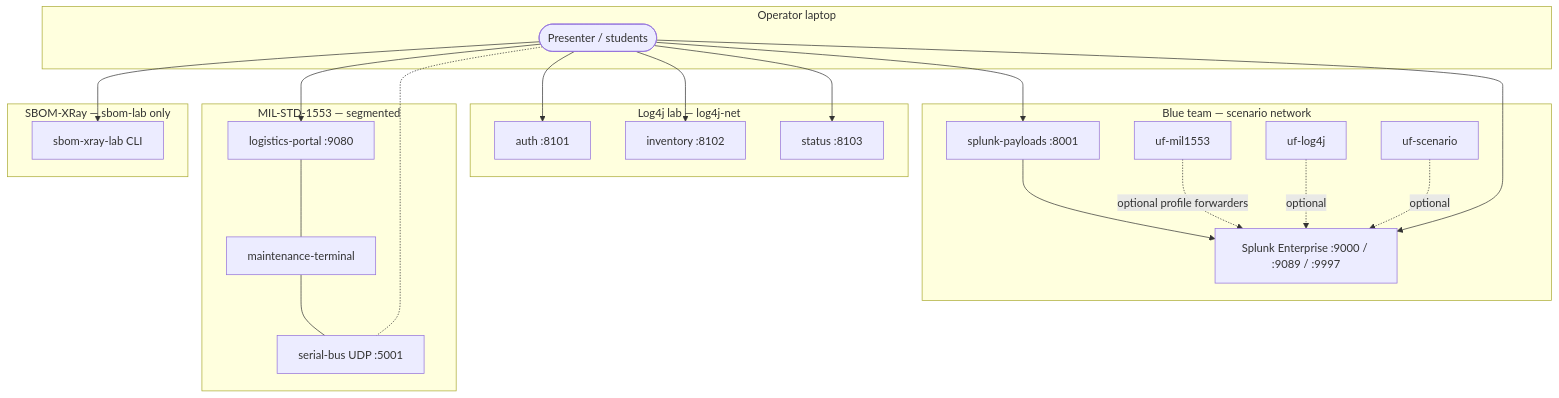
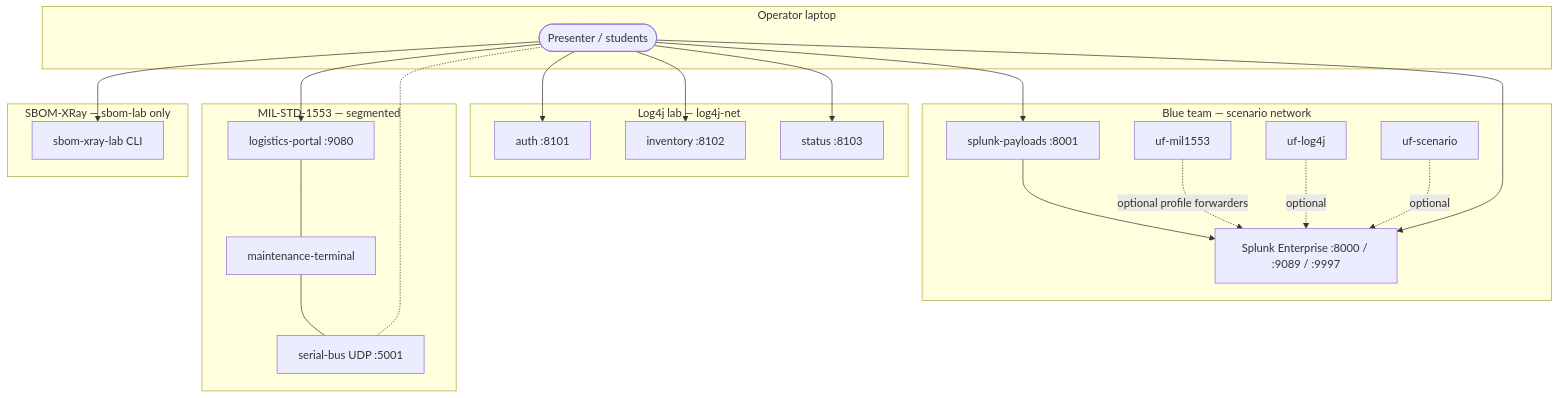
The first of 2 diagrams in README.md (HAFB-Capstone/DEMO-FULL), drawn with Mermaid before and after one commit. The commit also changed other lines of this file and 8 other files, not shown here.

````diff
--- a/README.md
+++ b/README.md
@@ -28,45 +29,45 @@
 ```mermaid
 flowchart TB
     subgraph blue["Blue team — scenario network"]
         SP["splunk-payloads :8001"]
-        S["Splunk Enterprise :9000 / :9089 / :9997"]
+        S["Splunk Enterprise :8000 / :9089 / :9997"]
         UF1["uf-mil1553"]
         UF2["uf-log4j"]
         UF3["uf-scenario"]
         SP --> S
         UF1 -. optional profile forwarders .-> S
         UF2 -. optional .-> S
         UF3 -. optional .-> S
     end
 
     subgraph log4j["Log4j lab — log4j-net"]
         A["auth :8101"]
         I["inventory :8102"]
         ST["status :8103"]
     end
 
     subgraph mil["MIL-STD-1553 — segmented"]
         LP["logistics-portal :9080"]
         MT["maintenance-terminal"]
         SB["serial-bus UDP :5001"]
         LP --- MT
         MT --- SB
     end
 
     subgraph sbom["SBOM-XRay — sbom-lab only"]
         SX["sbom-xray-lab CLI"]
     end
 
     subgraph host["Operator laptop"]
         OP([Presenter / students])
     end
 
     OP --> S
     OP --> SP
     OP --> A
     OP --> I
     OP --> ST
     OP --> LP
     OP -.- SB
     OP --> SX
 ```
````
